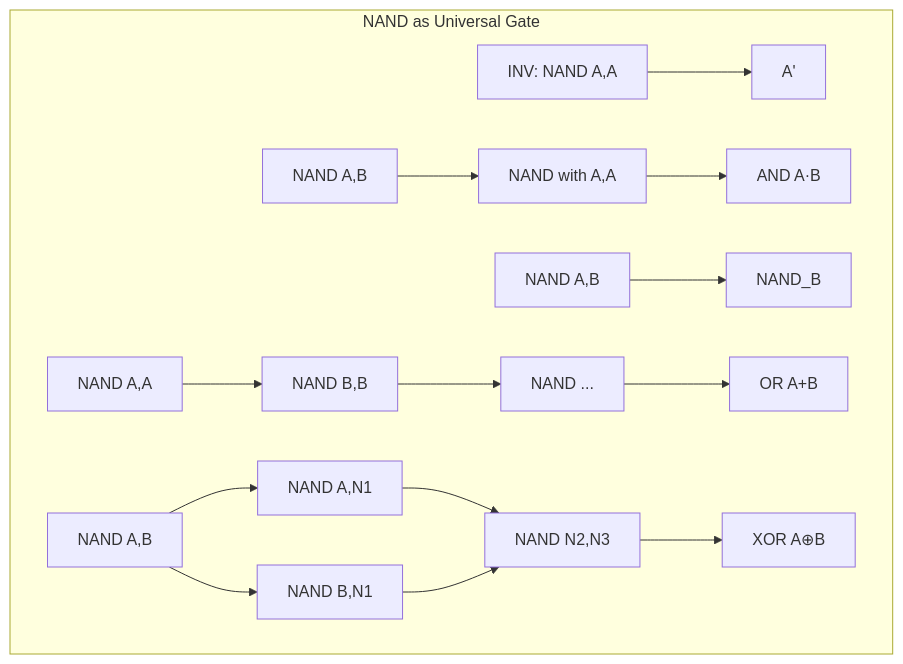
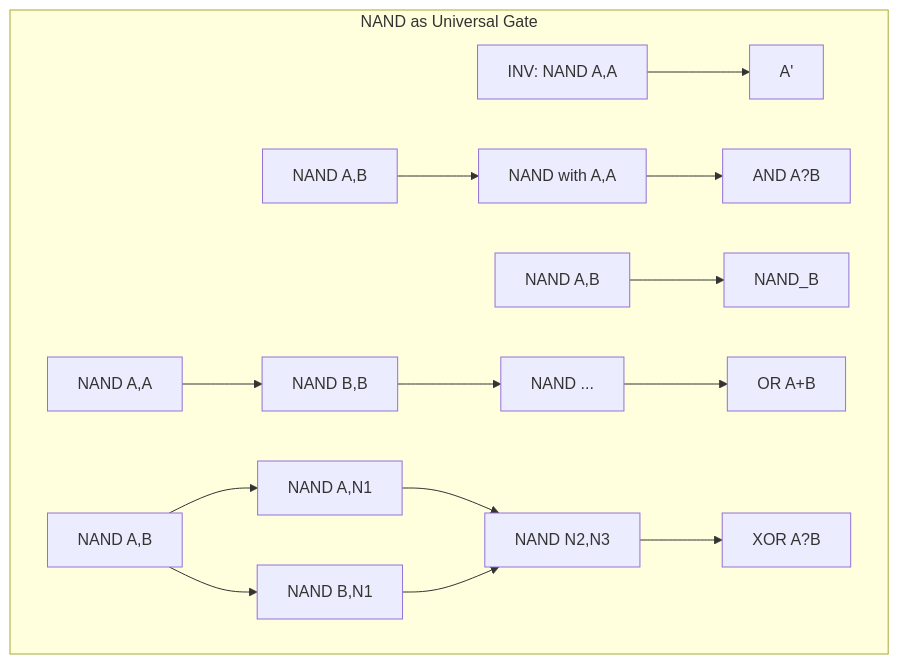
One commit to Raushan666java/ai-engineering-journey changed the seventh of 9 diagrams in docs/courses/digital-logic/03-logic-gates.md. Above: the diagram before and after it, drawn with Mermaid. The commit also changed other lines of this file and 790 other files, not shown here.

Commit message:
Sync all course diagram renders and content updates

````diff
--- a/docs/courses/digital-logic/03-logic-gates.md
+++ b/docs/courses/digital-logic/03-logic-gates.md
@@ -712,14 +712,14 @@
 ```mermaid
 flowchart TD
     subgraph NAND_Only[NAND as Universal Gate]
         NA[INV: NAND A,A] --> NAo[A']
-        NAND_AB[NAND A,B] --> NAND_A[NAND with A,A] --> AAND[AND A·B]
+        NAND_AB[NAND A,B] --> NAND_A[NAND with A,A] --> AAND[AND A?B]
         NAND_AB2[NAND A,B] --> NAND_B
         NA_A[NAND A,A] --> NAND_BB[NAND B,B] --> NAND_AB3[NAND ...] --> AOR[OR A+B]
         N1[NAND A,B] --> NAND_N1[NAND A,N1]
         N1 --> NAND_N2[NAND B,N1]
         NAND_N1 --> NAND_N3[NAND N2,N3]
         NAND_N2 --> NAND_N3
-        NAND_N3 --> AXOR[XOR A⊕B]
+        NAND_N3 --> AXOR[XOR A?B]
     end
 ```
````
